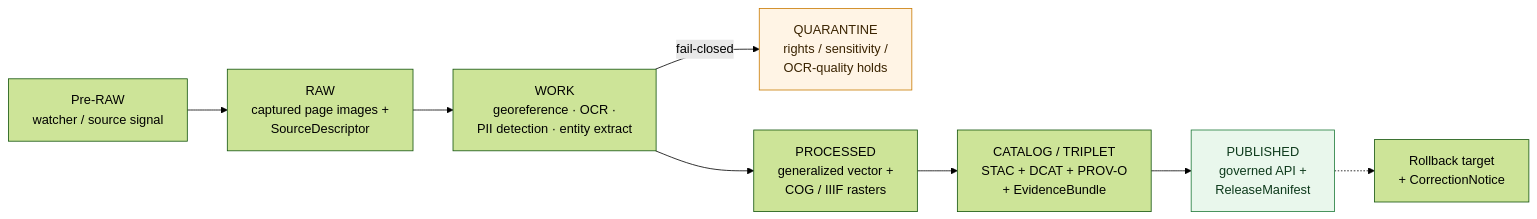
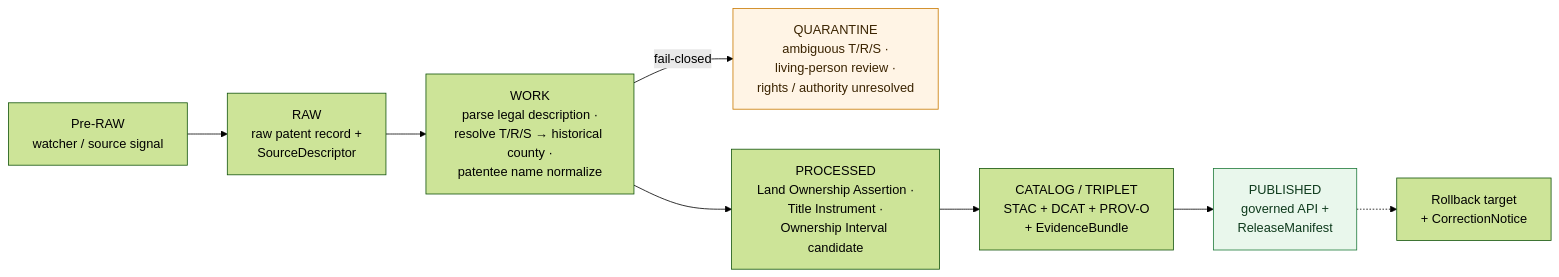
The diagram in docs/sources/catalog/blm/glo-land-patents.md (bartytime4life/Kansas-Frontier-Matrix), drawn with Mermaid (forest theme) before and after one commit. The commit also changed other lines of this file and 11 other files, not shown here.

````diff
--- a/docs/sources/catalog/blm/glo-land-patents.md
+++ b/docs/sources/catalog/blm/glo-land-patents.md
@@ -97,15 +123,15 @@
 ```mermaid
 flowchart LR
-  PRE["Pre-RAW<br/>watcher / source signal"] --> RAW["RAW<br/>captured page images +<br/>SourceDescriptor"]
-  RAW --> WORK["WORK<br/>georeference · OCR ·<br/>PII detection · entity extract"]
-  WORK -->|fail-closed| QUAR["QUARANTINE<br/>rights / sensitivity /<br/>OCR-quality holds"]
-  WORK --> PROC["PROCESSED<br/>generalized vector +<br/>COG / IIIF rasters"]
+  PRE["Pre-RAW<br/>watcher / source signal"] --> RAW["RAW<br/>raw patent record +<br/>SourceDescriptor"]
+  RAW --> WORK["WORK<br/>parse legal description ·<br/>resolve T/R/S → historical county ·<br/>patentee name normalize"]
+  WORK -->|fail-closed| QUAR["QUARANTINE<br/>ambiguous T/R/S ·<br/>living-person review ·<br/>rights / authority unresolved"]
+  WORK --> PROC["PROCESSED<br/>Land Ownership Assertion ·<br/>Title Instrument ·<br/>Ownership Interval candidate"]
   PROC --> CAT["CATALOG / TRIPLET<br/>STAC + DCAT + PROV-O<br/>+ EvidenceBundle"]
   CAT --> PUB["PUBLISHED<br/>governed API +<br/>ReleaseManifest"]
   PUB -.-> ROLL["Rollback target<br/>+ CorrectionNotice"]
 
   classDef hold fill:#fff4e5,stroke:#c97a00,color:#3a2300;
   classDef pub fill:#e9f7ec,stroke:#1f7a3a,color:#0e3a1c;
   class QUAR hold;
   class PUB pub;
 ```
````
